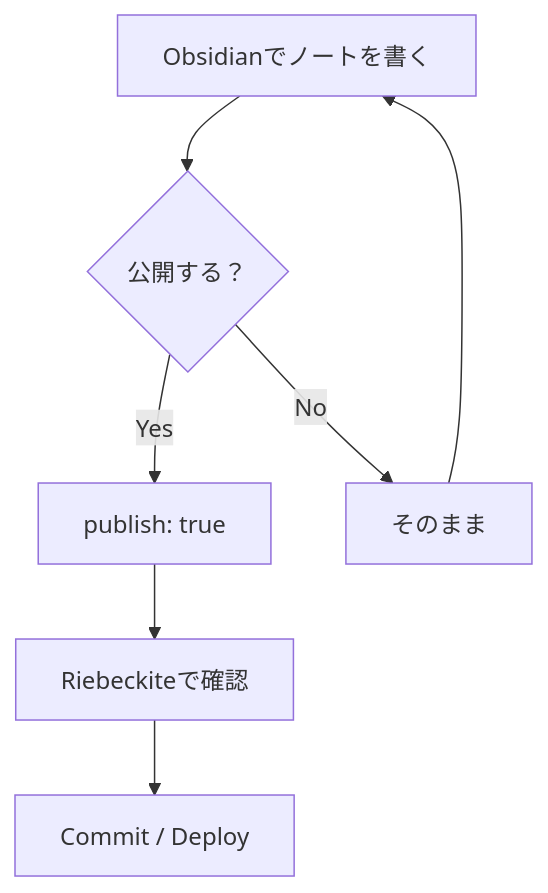
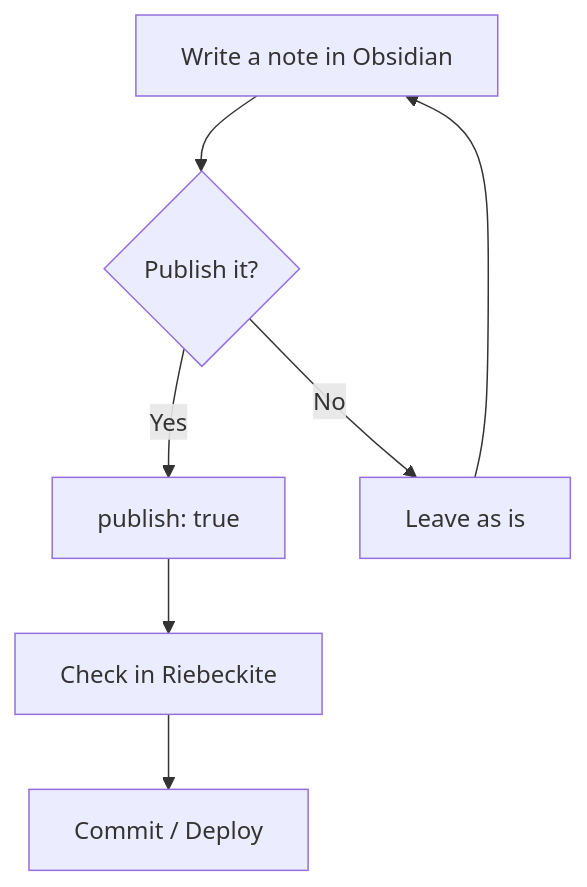
The seventh of 7 diagrams in docs/docs/guides/obsidian.md (Rerurate514/riebeckite), drawn with Mermaid before and after one commit. The commit also changed other lines of this file and 604 other files, not shown here.

````diff
--- a/docs/docs/guides/obsidian.md
+++ b/docs/docs/guides/obsidian.md
@@ -533,15 +509,15 @@
-```mermaid id="kav3eq"
+```mermaid
 flowchart TD
-    Write["Obsidianでノートを書く"]
-    Decide{"公開する？"}
+    Write["Write a note in Obsidian"]
+    Decide{"Publish it?"}
 
     Decide -->|Yes| Publish["publish: true"]
-    Decide -->|No| Private["そのまま"]
+    Decide -->|No| Private["Leave as is"]
 
     Write --> Decide
 
-    Publish --> Dev["Riebeckiteで確認"]
+    Publish --> Dev["Check in Riebeckite"]
     Private --> Write
 
     Dev --> Push["Commit / Deploy"]
 ```
````
